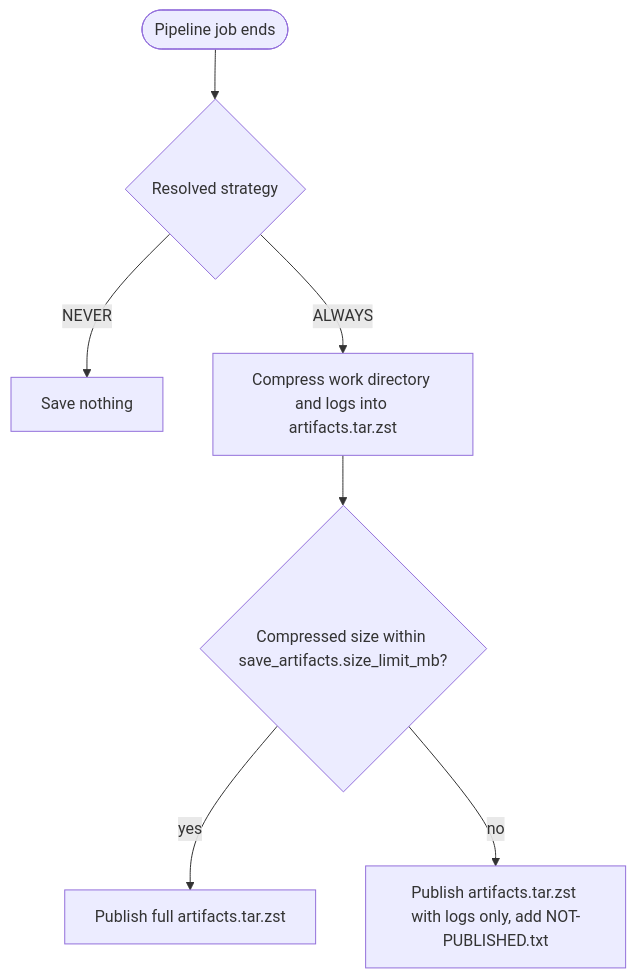
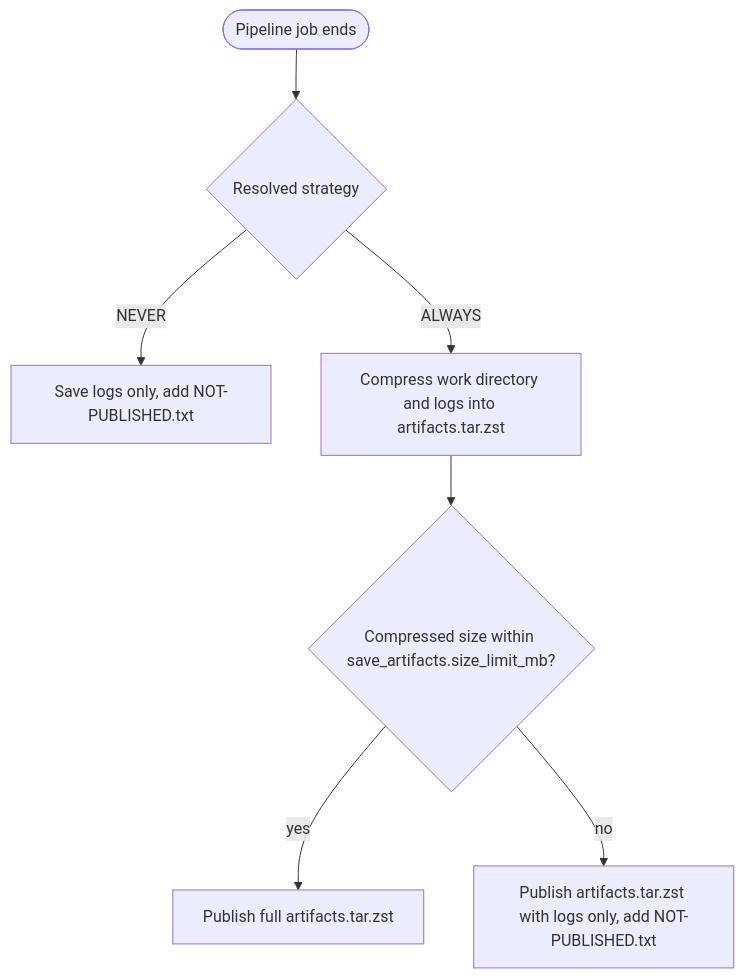
Before and after one commit to Netcracker/qubership-envgene: the diagram in docs/features/troubleshooting-artifacts.md, drawn with Mermaid. The commit also changed other lines of this file and 3 other files, not shown here.

````diff
--- a/docs/features/troubleshooting-artifacts.md
+++ b/docs/features/troubleshooting-artifacts.md
@@ -85,9 +86,9 @@
 ```mermaid
 flowchart TD
     A([Pipeline job ends]) --> B{Resolved strategy}
-    B -->|NEVER| C[Save nothing]
+    B -->|NEVER| C[Save logs only, add NOT-PUBLISHED.txt]
     B -->|ALWAYS| D[Compress work directory and logs into artifacts.tar.zst]
     D --> E{Compressed size within save_artifacts.size_limit_mb?}
     E -->|yes| F[Publish full artifacts.tar.zst]
     E -->|no| G[Publish artifacts.tar.zst with logs only, add NOT-PUBLISHED.txt]
 ```
````
